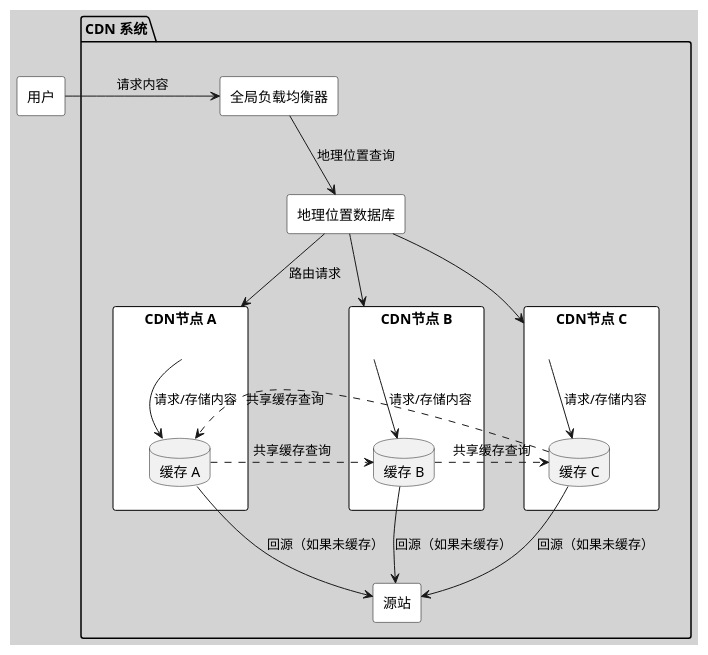
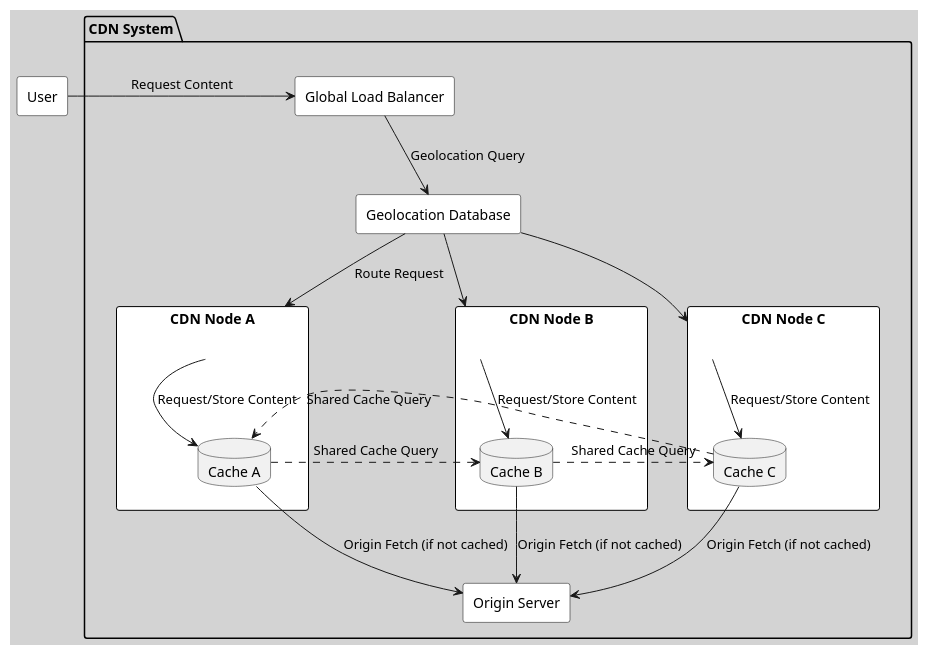
Before and after one commit to huangyingw/system_design: the diagram in architecture_diagrams/cdn_shared_cache_architecture.puml, drawn with PlantUML.

```diff
--- a/architecture_diagrams/cdn_shared_cache_architecture.puml
+++ b/architecture_diagrams/cdn_shared_cache_architecture.puml
@@ -1,43 +1,43 @@
 @startuml
 skinparam backgroundColor #D3D3D3
 skinparam rectangle {
   BackgroundColor White
   BorderColor Black
   Shadowing false
 }
 
-package "CDN 系统" {
-    rectangle "全局负载均衡器" as GLB
-    rectangle "地理位置数据库" as GeoDB
+package "CDN System" {
+    rectangle "Global Load Balancer" as GLB
+    rectangle "Geolocation Database" as GeoDB
 
-    rectangle "CDN节点 A" as CDNA {
-        database "缓存 A" as CacheA
+    rectangle "CDN Node A" as CDNA {
+        database "Cache A" as CacheA
     }
-    rectangle "CDN节点 B" as CDNB {
-        database "缓存 B" as CacheB
+    rectangle "CDN Node B" as CDNB {
+        database "Cache B" as CacheB
     }
-    rectangle "源站" as Origin
+    rectangle "Origin Server" as Origin
 
-    rectangle "CDN节点 C" as CDNC {
-        database "缓存 C" as CacheC
+    rectangle "CDN Node C" as CDNC {
+        database "Cache C" as CacheC
     }
 
-    GLB --> GeoDB : "地理位置查询"
-    GeoDB -down-> CDNA : "路由请求"
+    GLB --> GeoDB : "Geolocation Query"
+    GeoDB -down-> CDNA : "Route Request"
     GeoDB -down-> CDNB
     GeoDB -down-> CDNC
-    CDNA --> CacheA : "请求/存储内容"
-    CDNB --> CacheB : "请求/存储内容"
-    CDNC --> CacheC : "请求/存储内容"
-    CacheA --> Origin : "回源（如果未缓存）"
-    CacheB --> Origin : "回源（如果未缓存）"
-    CacheC --> Origin : "回源（如果未缓存）"
-    CacheA ..> CacheB : "共享缓存查询"
-    CacheB ..> CacheC : "共享缓存查询"
-    CacheC ..> CacheA : "共享缓存查询"
+    CDNA --> CacheA : "Request/Store Content"
+    CDNB --> CacheB : "Request/Store Content"
+    CDNC --> CacheC : "Request/Store Content"
+    CacheA --> Origin : "Origin Fetch (if not cached)"
+    CacheB --> Origin : "Origin Fetch (if not cached)"
+    CacheC --> Origin : "Origin Fetch (if not cached)"
+    CacheA ..> CacheB : "Shared Cache Query"
+    CacheB ..> CacheC : "Shared Cache Query"
+    CacheC ..> CacheA : "Shared Cache Query"
 }
 
-rectangle "用户" as User
-User -right-> GLB : "请求内容"
+rectangle "User" as User
+User -right-> GLB : "Request Content"
 
 @enduml
```
